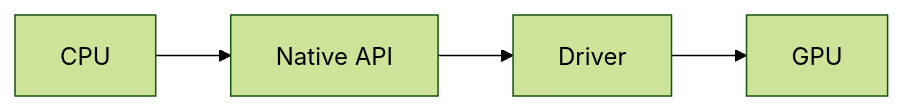
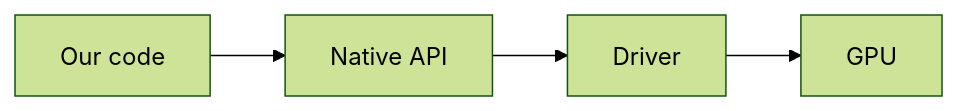
The first of 4 diagrams in docs/index.md (Bromles/wgpu-tutorial), drawn with Mermaid (forest theme) before and after one commit. The commit also changed other lines of this file, not shown here.

````diff
--- a/docs/index.md
+++ b/docs/index.md
@@ -30,4 +30,4 @@
 ```mermaid
 flowchart LR
-    CPU --> Native["Native API"] --> Driver --> GPU
+    Code["Our code"] --> Native["Native API"] --> Driver --> GPU
 ```
````
